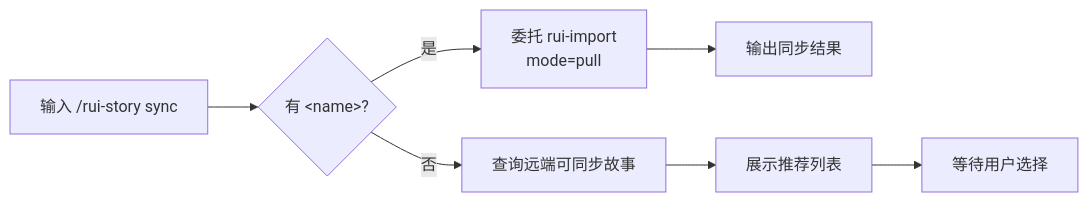
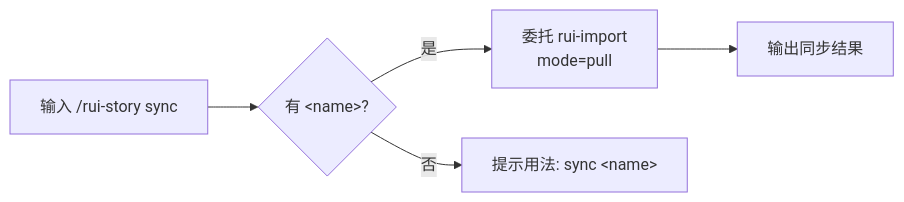
The fifth of 8 diagrams in docs/故事任务面板/rui-story/YrY-使用场景.md (effiy/YrY), drawn with Mermaid before and after one commit. The commit also changed other lines of this file and 129 other files, not shown here.

````diff
--- a/docs/故事任务面板/rui-story/YrY-使用场景.md
+++ b/docs/故事任务面板/rui-story/YrY-使用场景.md
@@ -234,9 +143,7 @@
 ```mermaid
 flowchart LR
     A["输入 /rui-story sync"] --> Q{"有 &lt;name&gt;?"}
     Q -->|"是"| B["委托 rui-import<br/>mode=pull"]
-    Q -->|"否"| C["查询远端可同步故事"]
+    Q -->|"否"| C["提示用法: sync &lt;name&gt;"]
     B --> D["输出同步结果"]
-    C --> E["展示推荐列表"]
-    E --> F["等待用户选择"]
 ```
````
